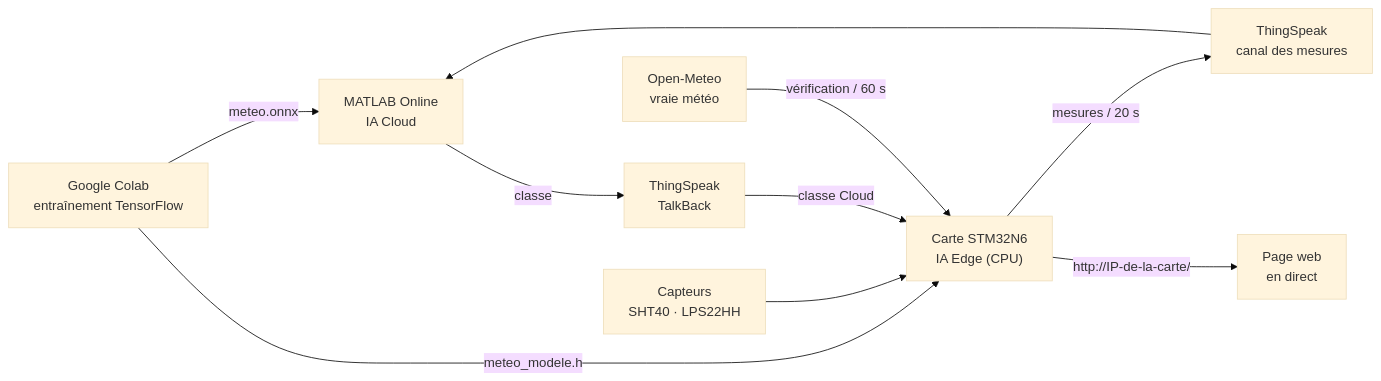
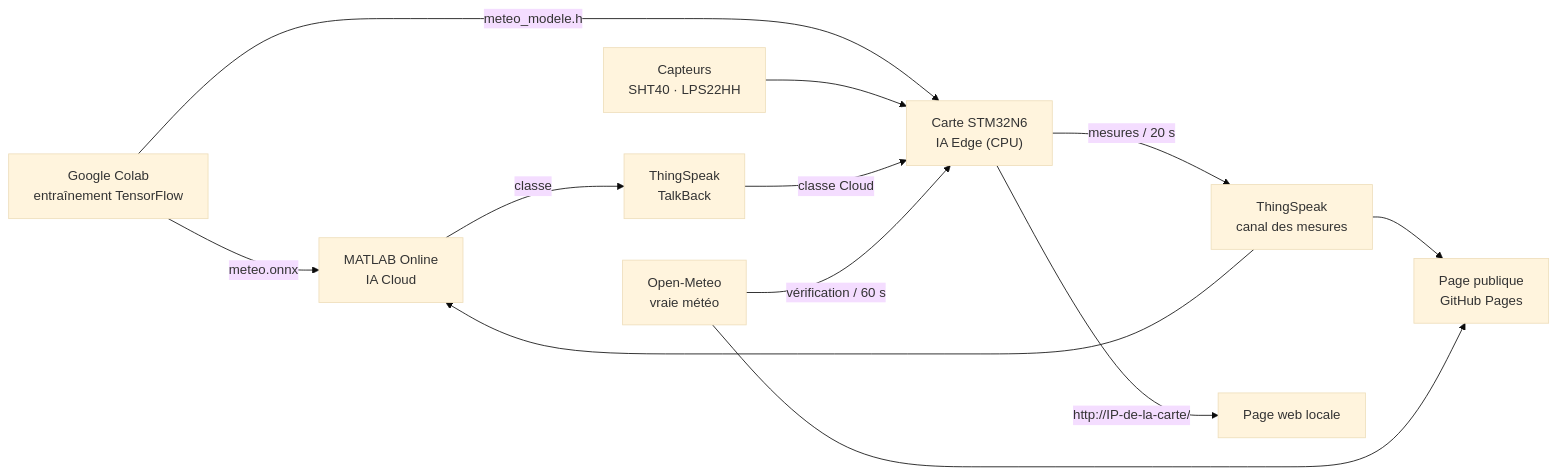
Before and after one commit to ahmetiejub/IA-embarque: the diagram in IA-embarque/README.md, drawn with Mermaid (base theme). The commit also changed other lines of this file and 63 other files, not shown here.

Commit message:
Demarrage autonome, page publique GitHub Pages, schema du systeme

````diff
--- a/IA-embarque/README.md
+++ b/IA-embarque/README.md
@@ -28,12 +32,14 @@
 ```mermaid
 flowchart LR
     COLAB["Google Colab<br/>entraînement TensorFlow"] -- "meteo.onnx" --> MATLAB
     COLAB -- "meteo_modele.h" --> CARTE
     CAPT["Capteurs<br/>SHT40 · LPS22HH"] --> CARTE["Carte STM32N6<br/>IA Edge (CPU)"]
     CARTE -- "mesures / 20 s" --> TS["ThingSpeak<br/>canal des mesures"]
     TS --> MATLAB["MATLAB Online<br/>IA Cloud"]
     MATLAB -- "classe" --> TB["ThingSpeak<br/>TalkBack"]
     TB -- "classe Cloud" --> CARTE
     OM["Open-Meteo<br/>vraie météo"] -- "vérification / 60 s" --> CARTE
-    CARTE -- "http://IP-de-la-carte/" --> WEB["Page web<br/>en direct"]
+    CARTE -- "http://IP-de-la-carte/" --> WEB["Page web locale"]
+    TS --> PUB["Page publique<br/>GitHub Pages"]
+    OM --> PUB
 ```
````
